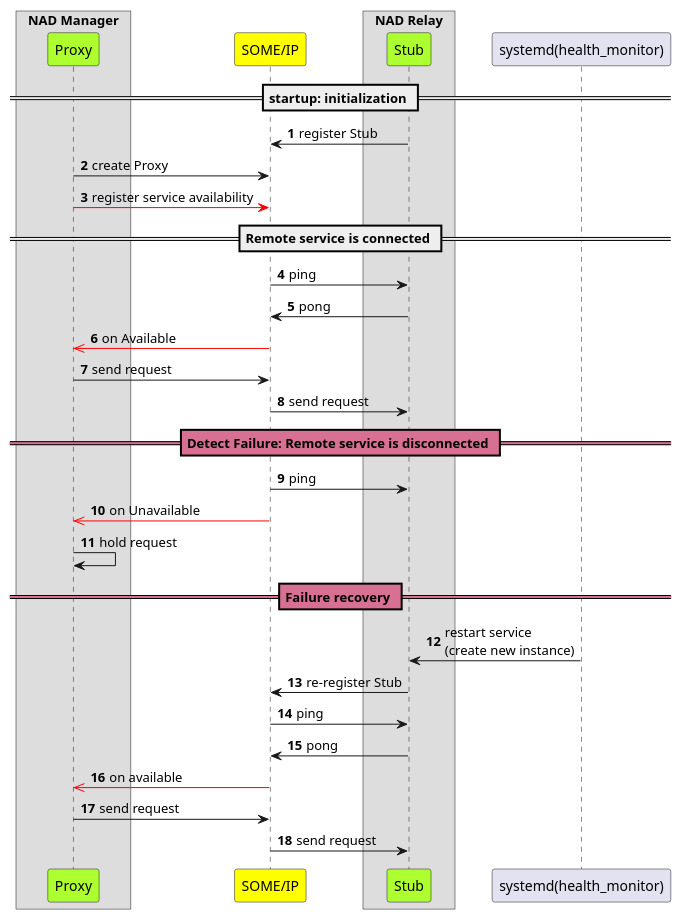
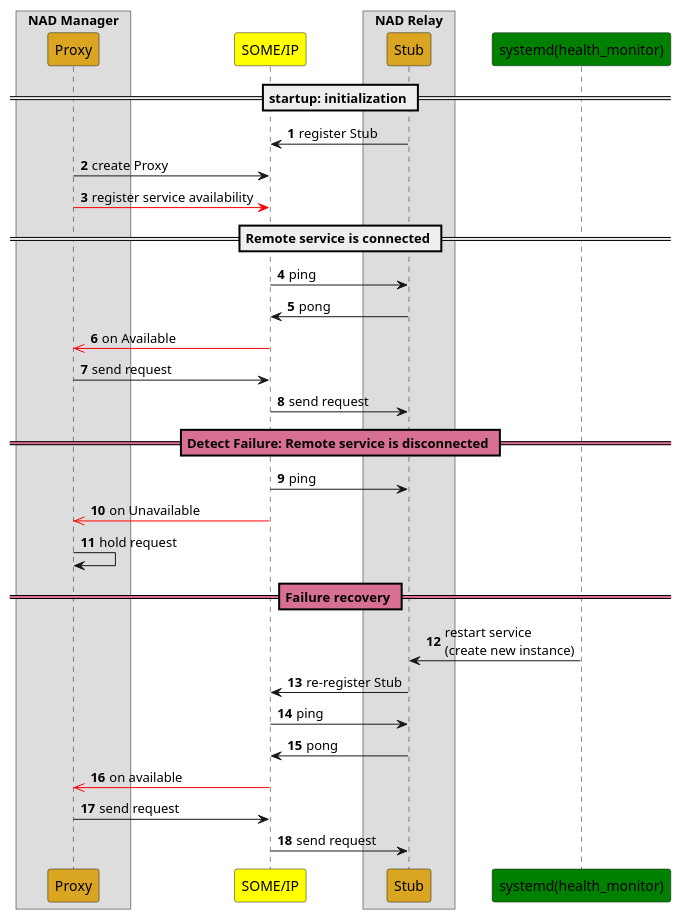
One commit to taikt/codefun changed the third of 4 diagrams in doc/SA cert/Design/sequence_design/remote_availability.wsd. Above: the diagram before and after it, drawn with PlantUML. The commit also changed other lines of this file and 102 other files, not shown here.

```diff
--- a/doc/SA cert/Design/sequence_design/remote_availability.wsd
+++ b/doc/SA cert/Design/sequence_design/remote_availability.wsd
@@ -101,54 +101,54 @@
 @startuml
 !pragma teoz true
 autonumber
 'autoactivate on
 
 Box "NAD Manager" 
-participant "Proxy" as prox #GreenYellow
+participant "Proxy" as prox #GoldenRod
 end box
 
 participant "SOME/IP" as bin #Yellow
 
 Box "NAD Relay" 
-participant "Stub" as stub #GreenYellow
+participant "Stub" as stub #GoldenRod
 end box
 
-participant "systemd(health_monitor)" as syst 
+participant "systemd(health_monitor)" as syst #Green
 
 == startup: initialization ==
 stub -> bin: register Stub
 prox -> bin: create Proxy
 
 prox -[#Red]> bin: register service availability 
 
 
 == Remote service is connected ==
 
 
 bin -> stub: ping
 stub -> bin: pong
 bin -[#Red]>> prox: on Available
 prox -> bin: send request
 bin -> stub: send request
 
 
 skinparam SequenceDividerBackgroundColor #PaleVioletRed
  == Detect Failure: Remote service is disconnected == 
 
 bin -> stub: ping
 bin -[#Red]>> prox: on Unavailable
 prox -> prox: hold request
 
 == Failure recovery ==
 syst -> stub: restart service \n(create new instance)
 stub -> bin: re-register Stub
 bin -> stub: ping
 stub -> bin: pong
 
 
 bin -[#Red]>> prox: on available
 prox -> bin: send request
 bin -> stub: send request
 
 
 @enduml
```
